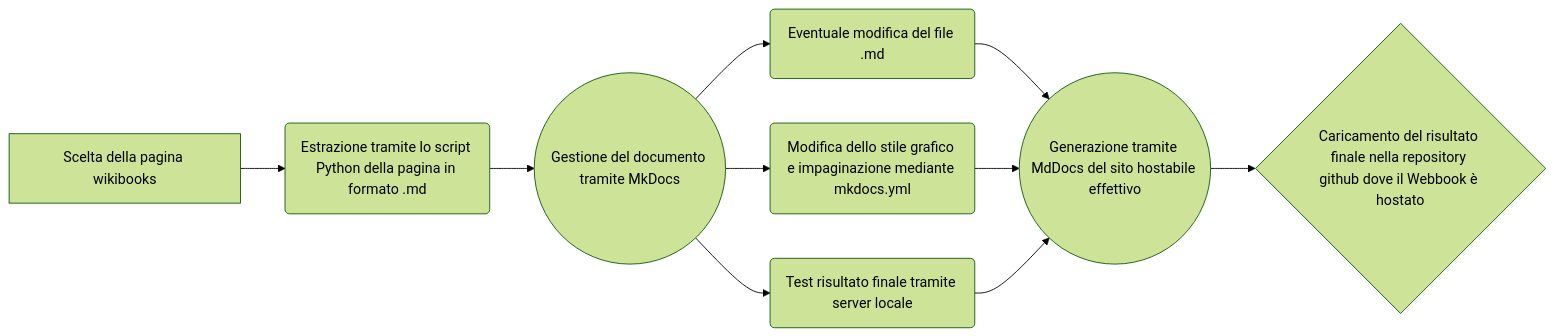
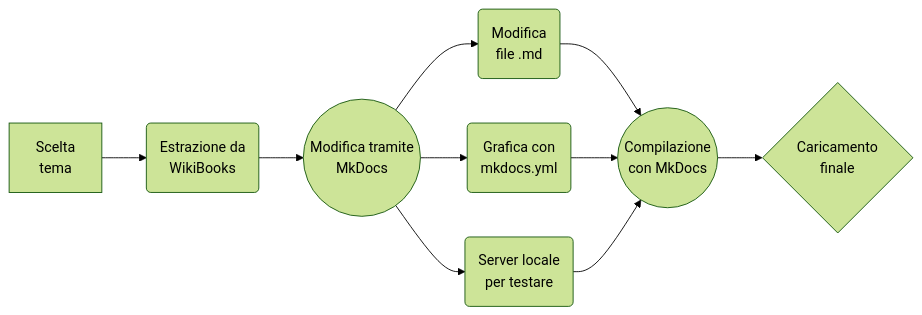
One commit to IncredibleLego/Sostenibility changed the diagram in README.md. Above: the diagram before and after it, drawn with Mermaid (forest theme). The commit also changed 2 other files, not shown here.

````diff
--- a/README.md
+++ b/README.md
@@ -15,14 +15,13 @@
 ```mermaid
 graph LR
-A[Scelta della pagina wikibooks] --> B
-B(Estrazione tramite lo script Python della pagina in formato .md) --> C
-C((Gestione del documento tramite MkDocs)) --> D
-D(Eventuale modifica del file .md)
-C --> E(Modifica dello stile grafico e impaginazione mediante mkdocs.yml)
-C --> F(Test risultato finale tramite server locale)
-D --> G((Generazione tramite MdDocs del sito hostabile effettivo))
+A[Scelta <br> tema] --> B
+B(Estrazione da <br> WikiBooks) --> C
+C((Modifica tramite <br> MkDocs)) --> D
+D(Modifica  <br> file .md)
+C --> E(Grafica con <br> mkdocs.yml)
+C --> F(Server locale  <br> per testare)
+D --> G((Compilazione <br> con MkDocs))
 E --> G
 F --> G
-G --> H{Caricamento del risultato finale nella repository github dove il Webbook è hostato}
-
+G --> H{Caricamento <br> finale}
 ```
````
